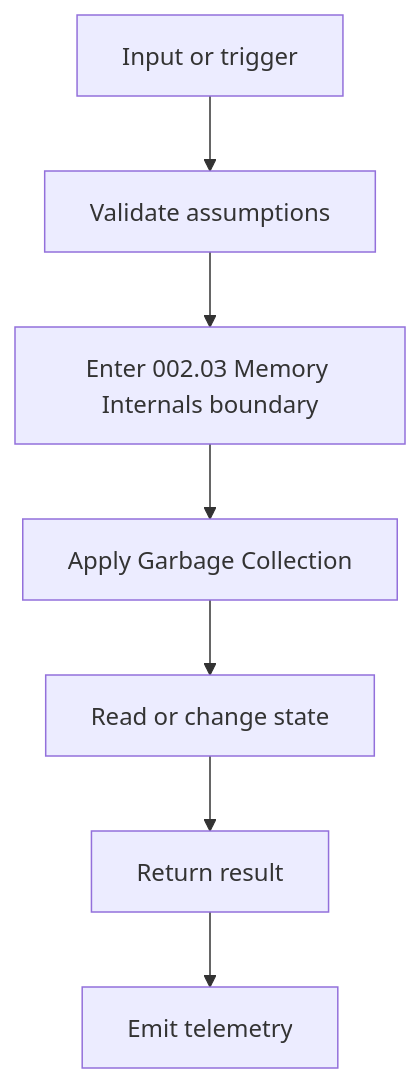
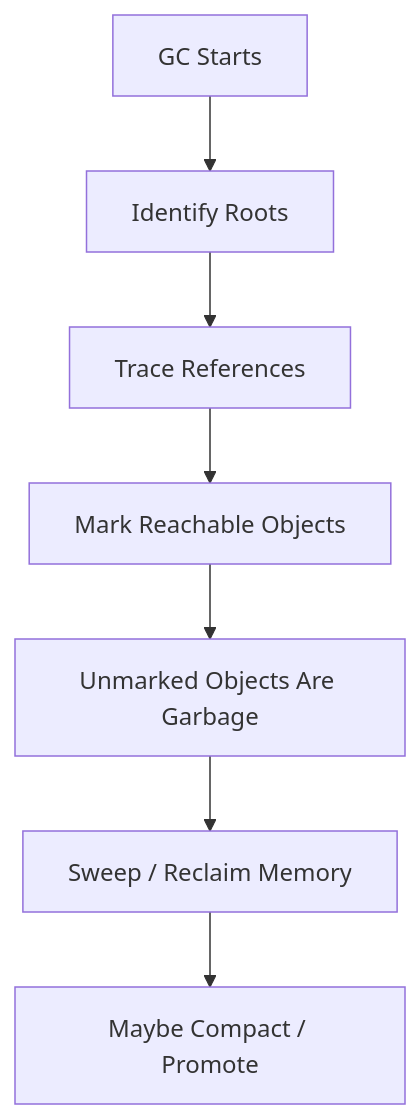
The first of 4 diagrams in 002. JavaScript Internals/002.03 Memory Internals/002.03.02 Garbage Collection/README.md (AjayPrajapat/Interview), drawn with Mermaid before and after one commit. The commit also changed other lines of this file and 10 other files, not shown here.

````diff
--- a/002. JavaScript Internals/002.03 Memory Internals/002.03.02 Garbage Collection/README.md
+++ b/002. JavaScript Internals/002.03 Memory Internals/002.03.02 Garbage Collection/README.md
@@ -453,9 +183,9 @@
 ```mermaid
 flowchart TD
-  A[Input or trigger] --> B[Validate assumptions]
-  B --> C[Enter 002.03 Memory Internals boundary]
-  C --> D[Apply Garbage Collection]
-  D --> E[Read or change state]
-  E --> F[Return result]
-  F --> G[Emit telemetry]
+  A["GC Starts"] --> B["Identify Roots"]
+  B --> C["Trace References"]
+  C --> D["Mark Reachable Objects"]
+  D --> E["Unmarked Objects Are Garbage"]
+  E --> F["Sweep / Reclaim Memory"]
+  F --> G["Maybe Compact / Promote"]
 ```
````
